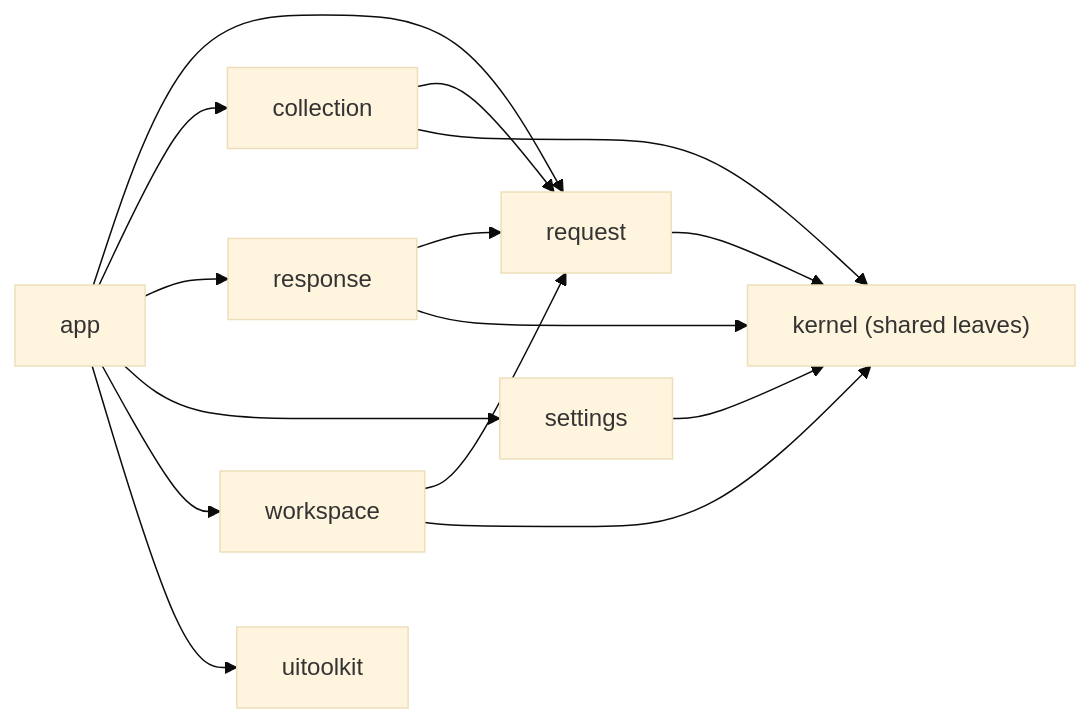
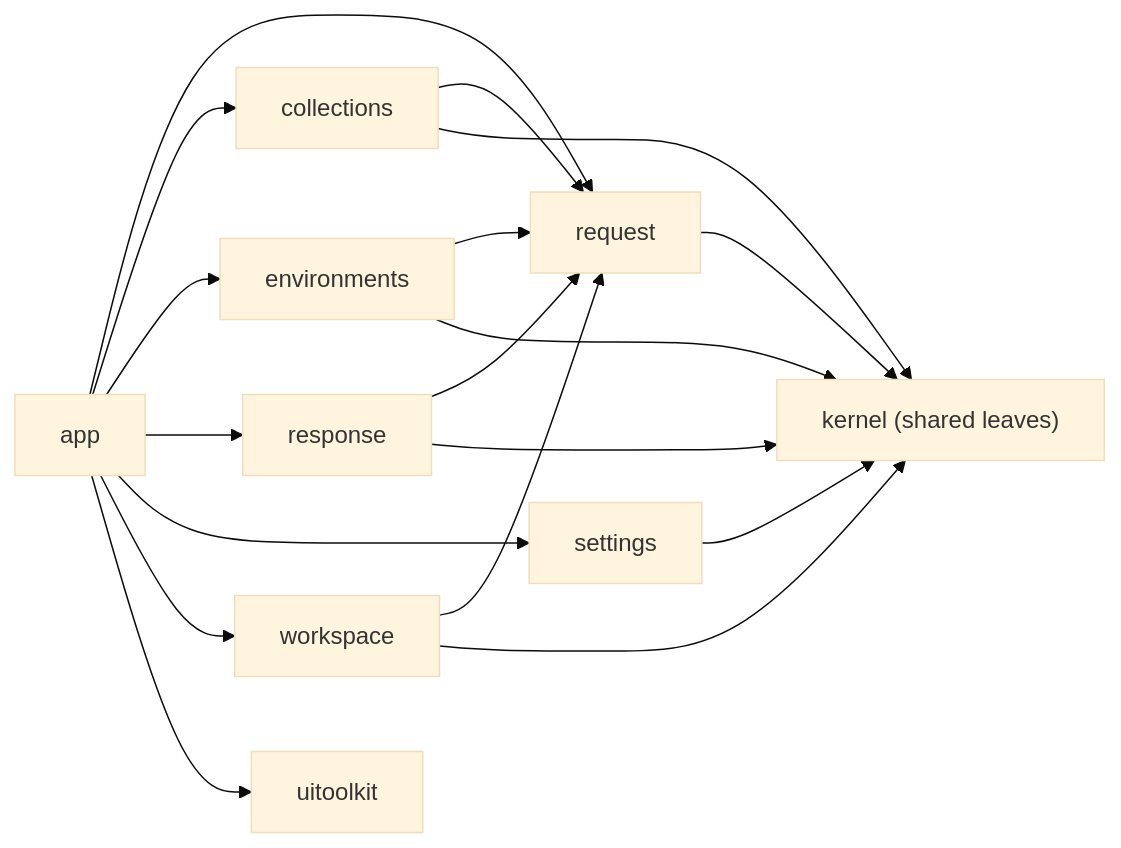
The second of 2 diagrams in .harness/architecture.md (gascoigne-ai/gascoigne-workshop), drawn with Mermaid (base theme) before and after one commit. The commit also changed other lines of this file and 131 other files, not shown here.

First line of the commit message:
refactor(collections): collections and environments become features

````diff
--- a/.harness/architecture.md
+++ b/.harness/architecture.md
@@ -57,10 +58,10 @@
 ```mermaid
 flowchart LR
-  app["app"] --> request & collection & response & settings & workspace
+  app["app"] --> request & collections & environments & response & settings & workspace
   app --> toolkit["uitoolkit"]
-  collection --> request
+  collections & environments --> request
   response --> request
   workspace --> request
-  collection & response & settings & workspace --> kernel["kernel (shared leaves)"]
+  collections & environments & response & settings & workspace --> kernel["kernel (shared leaves)"]
   request --> kernel
 ```
````
